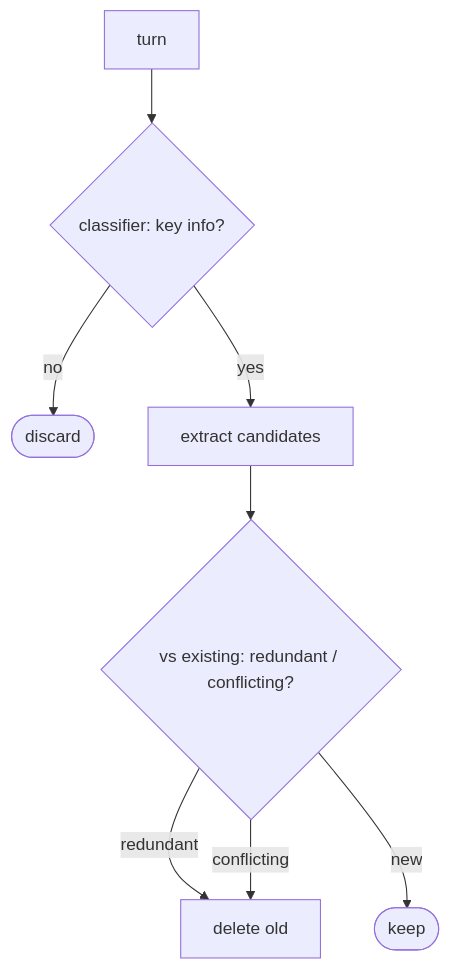
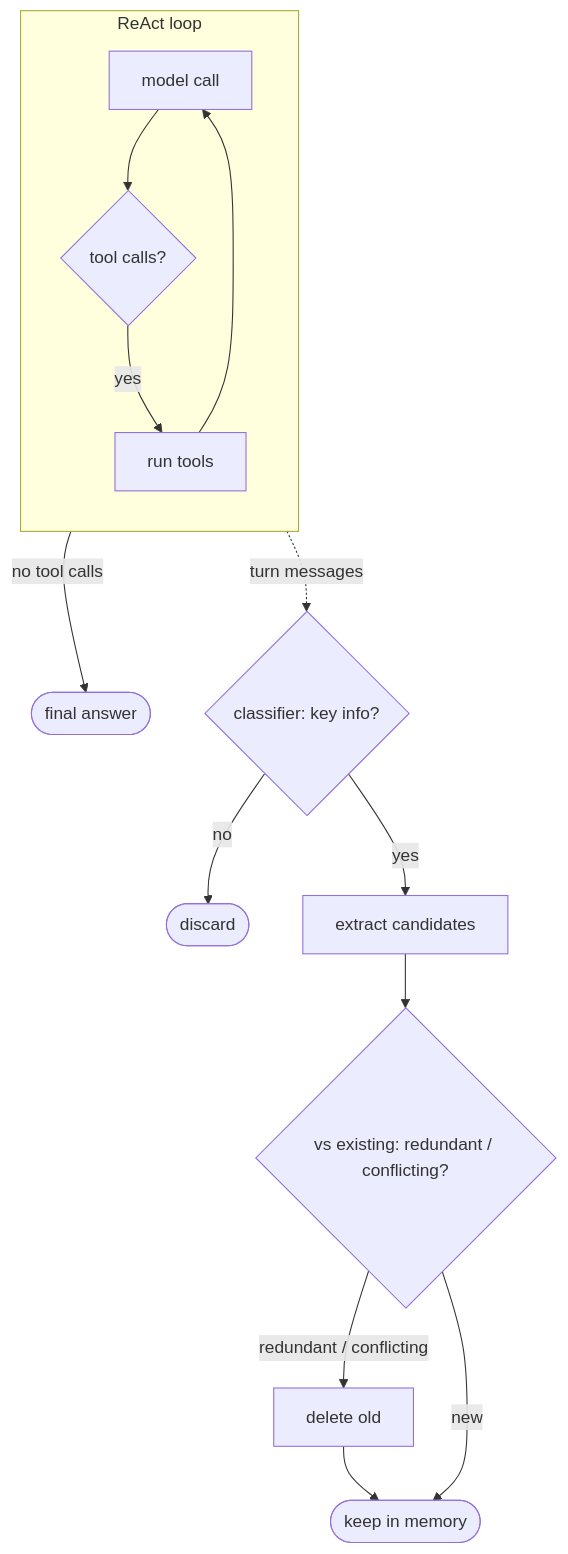
Before and after one commit to michaelatamuk/openjiuwen-jiuwenswarm: diagram 18 of 31 in docs-michael/agent-interview-questions.md, drawn with Mermaid. The commit also changed other lines of this file, not shown here.

````diff
--- a/docs-michael/agent-interview-questions.md
+++ b/docs-michael/agent-interview-questions.md
@@ -325,9 +380,15 @@
 ```mermaid
 flowchart TD
-    T["turn"] --> A{"classifier: key info?"}
-    A -->|no| D(["discard"])
-    A -->|yes| E["extract candidates"] --> C{"vs existing: redundant / conflicting?"}
-    C -->|redundant| X["delete old"]
-    C -->|conflicting| X
-    C -->|new| K(["keep"])
+    subgraph LOOP["ReAct loop"]
+    direction TB
+        M["model call"] --> D{"tool calls?"}
+        D -->|yes| T["run tools"] --> M
+    end
+    D -->|"no tool calls"| A(["final answer"])
+    T ~~~ A
+    M -.->|"turn messages"| CL{"classifier: key info?"}
+    CL -->|no| DISC(["discard"])
+    CL -->|yes| EX["extract candidates"] --> CO{"vs existing: redundant / conflicting?"}
+    CO -->|"redundant / conflicting"| DEL["delete old"] --> KEEP
+    CO -->|new| KEEP(["keep in memory"])
 ```
````
